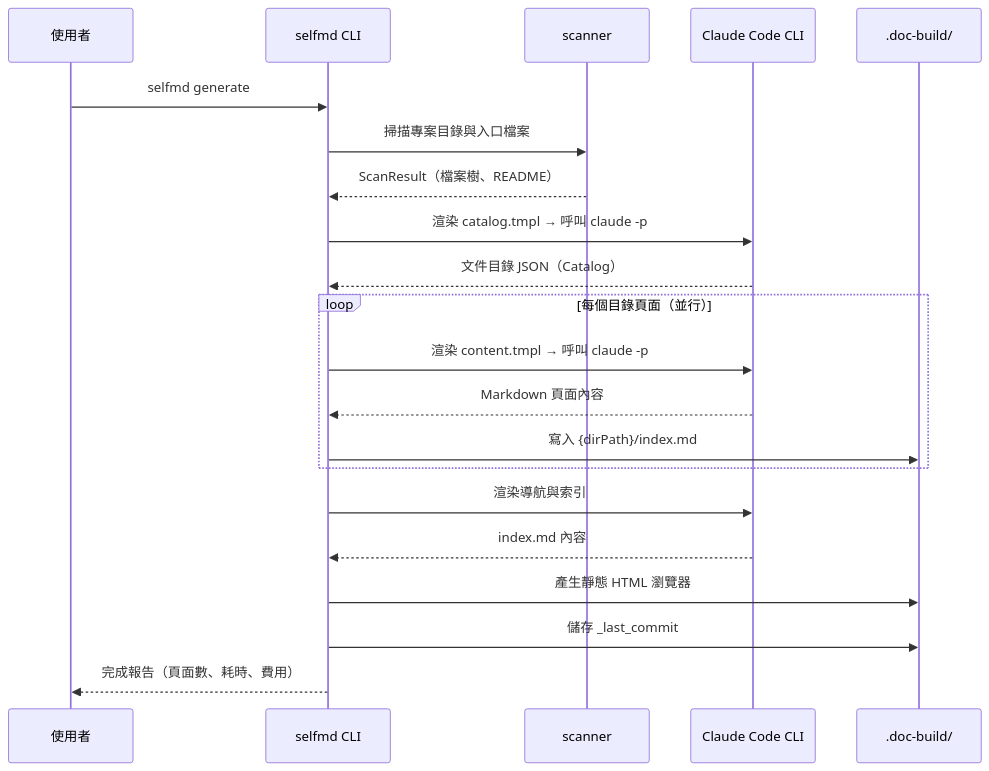
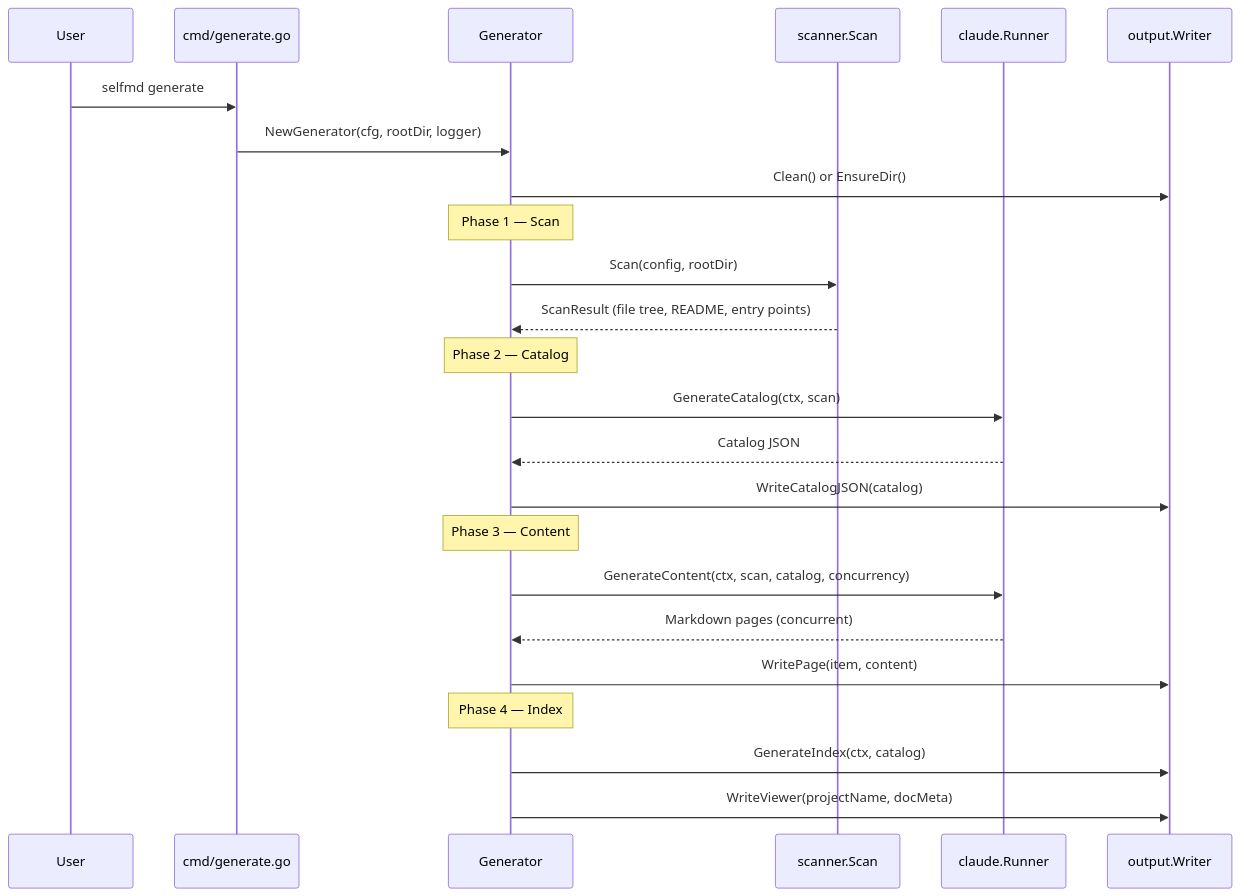
Before and after one commit to monkenWu/selfmd-claude-code: the second of 2 diagrams in docs/overview/introduction/index.md, drawn with Mermaid. The commit also changed other lines of this file and 145 other files, not shown here.

````diff
--- a/docs/overview/introduction/index.md
+++ b/docs/overview/introduction/index.md
@@ -216,27 +94,31 @@
 ```mermaid
 sequenceDiagram
-    participant User as 使用者
-    participant CLI as selfmd CLI
-    participant Scanner as scanner
-    participant Claude as Claude Code CLI
-    participant FS as .doc-build/
+    participant User
+    participant CLI as cmd/generate.go
+    participant Gen as Generator
+    participant Scanner as scanner.Scan
+    participant Claude as claude.Runner
+    participant Writer as output.Writer
 
     User->>CLI: selfmd generate
-    CLI->>Scanner: 掃描專案目錄與入口檔案
-    Scanner-->>CLI: ScanResult（檔案樹、README）
+    CLI->>Gen: NewGenerator(cfg, rootDir, logger)
+    Gen->>Writer: Clean() or EnsureDir()
 
-    CLI->>Claude: 渲染 catalog.tmpl → 呼叫 claude -p
-    Claude-->>CLI: 文件目錄 JSON（Catalog）
+    Note over Gen: Phase 1 — Scan
+    Gen->>Scanner: Scan(config, rootDir)
+    Scanner-->>Gen: ScanResult (file tree, README, entry points)
 
-    loop 每個目錄頁面（並行）
-        CLI->>Claude: 渲染 content.tmpl → 呼叫 claude -p
-        Claude-->>CLI: Markdown 頁面內容
-        CLI->>FS: 寫入 {dirPath}/index.md
-    end
+    Note over Gen: Phase 2 — Catalog
+    Gen->>Claude: GenerateCatalog(ctx, scan)
+    Claude-->>Gen: Catalog JSON
+    Gen->>Writer: WriteCatalogJSON(catalog)
 
-    CLI->>Claude: 渲染導航與索引
-    Claude-->>CLI: index.md 內容
-    CLI->>FS: 產生靜態 HTML 瀏覽器
-    CLI->>FS: 儲存 _last_commit
-    CLI-->>User: 完成報告（頁面數、耗時、費用）
+    Note over Gen: Phase 3 — Content
+    Gen->>Claude: GenerateContent(ctx, scan, catalog, concurrency)
+    Claude-->>Gen: Markdown pages (concurrent)
+    Gen->>Writer: WritePage(item, content)
+
+    Note over Gen: Phase 4 — Index
+    Gen->>Writer: GenerateIndex(ctx, catalog)
+    Gen->>Writer: WriteViewer(projectName, docMeta)
 ```
````
